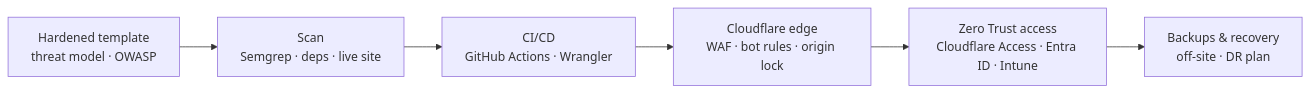
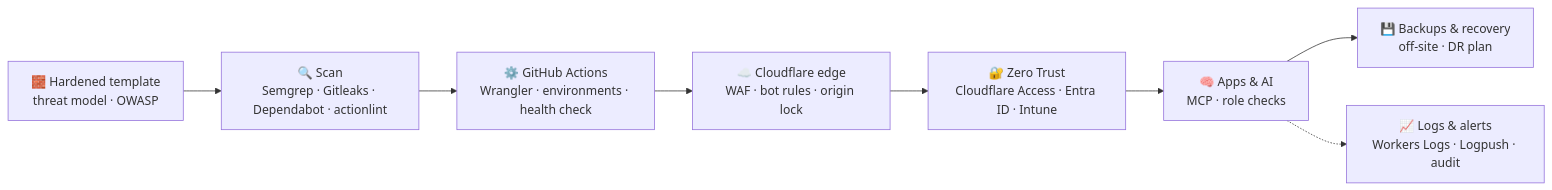
The diagram in README.md (mariosxen/mariosxen), drawn with Mermaid before and after one commit. The commit also changed other lines of this file and 1 other file, not shown here.

````diff
--- a/README.md
+++ b/README.md
@@ -25,8 +63,10 @@
 ```mermaid
 flowchart LR
-  A[Hardened template<br/>threat model · OWASP] --> B[Scan<br/>Semgrep · deps · live site]
-  B --> C[CI/CD<br/>GitHub Actions · Wrangler]
-  C --> D[Cloudflare edge<br/>WAF · bot rules · origin lock]
-  D --> E[Zero Trust access<br/>Cloudflare Access · Entra ID · Intune]
-  E --> F[Backups & recovery<br/>off-site · DR plan]
+  A["🧱 Hardened template<br/>threat model · OWASP"] --> B["🔍 Scan<br/>Semgrep · Gitleaks · Dependabot · actionlint"]
+  B --> C["⚙️ GitHub Actions<br/>Wrangler · environments · health check"]
+  C --> D["☁️ Cloudflare edge<br/>WAF · bot rules · origin lock"]
+  D --> E["🔐 Zero Trust<br/>Cloudflare Access · Entra ID · Intune"]
+  E --> F["🧠 Apps & AI<br/>MCP · role checks"]
+  F --> G["💾 Backups & recovery<br/>off-site · DR plan"]
+  F -.-> H["📈 Logs & alerts<br/>Workers Logs · Logpush · audit"]
 ```
````
